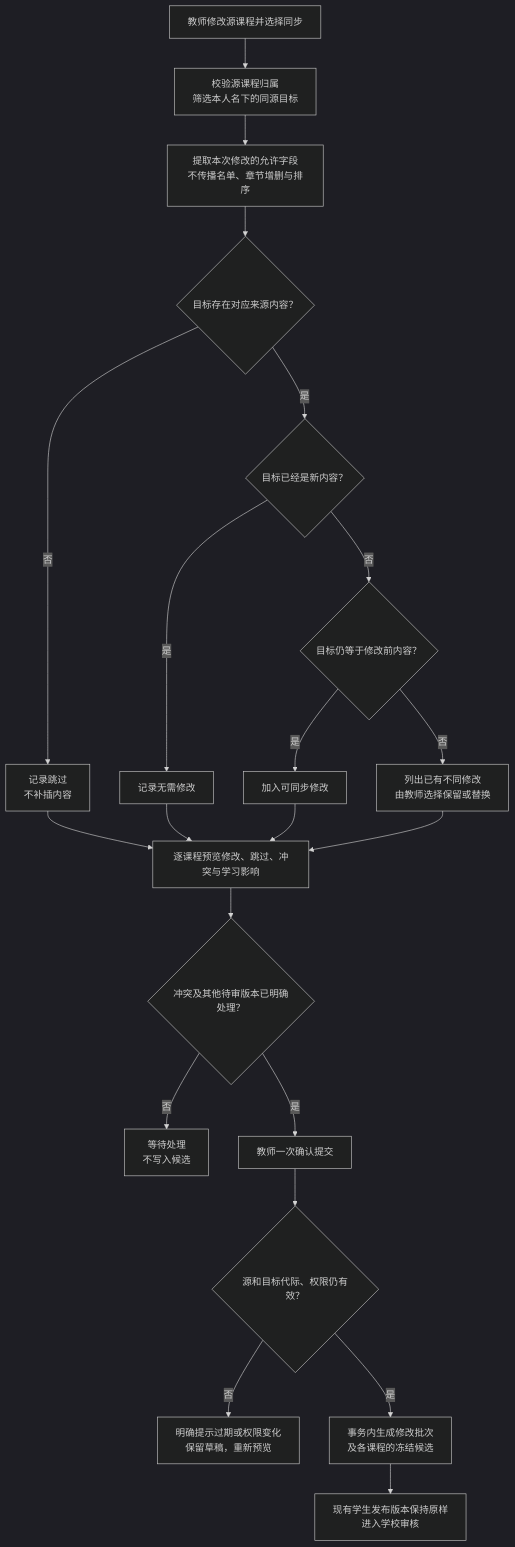
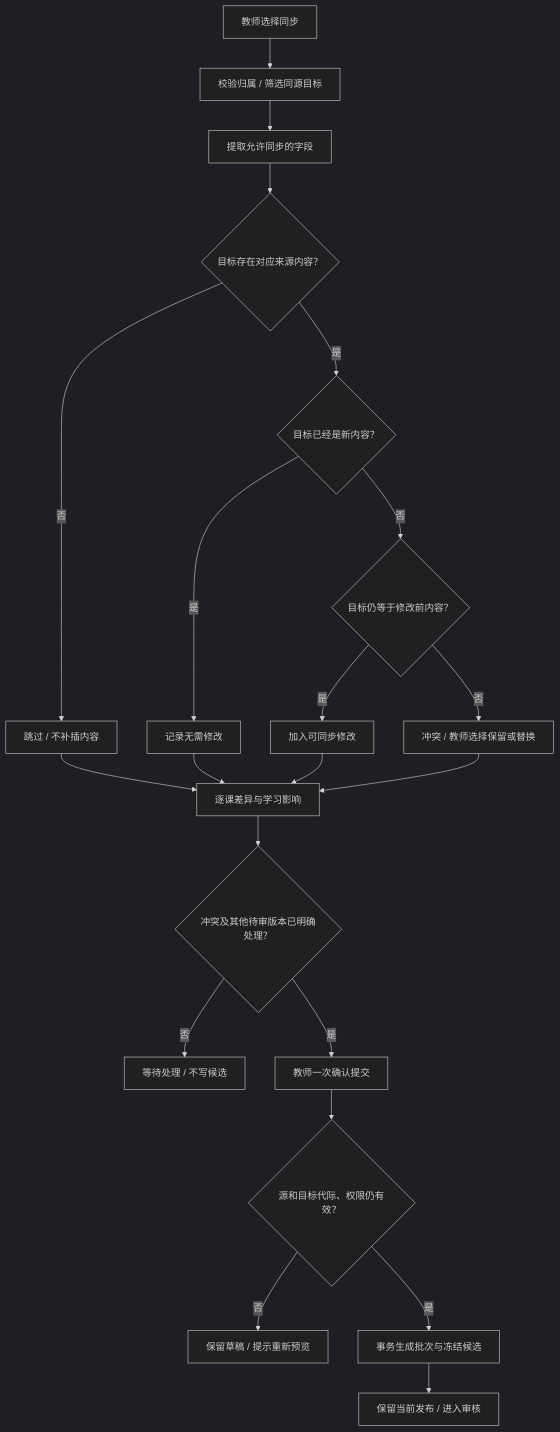
The sixth of 10 diagrams in doc/01-开发者手册.md (falling-feather/Astra), drawn with Mermaid (dark theme) before and after one commit. The commit also changed other lines of this file and 8 other files, not shown here.

````diff
--- a/doc/01-开发者手册.md
+++ b/doc/01-开发者手册.md
@@ -542,23 +583,23 @@
 ```mermaid
 flowchart TD
-    START["教师修改源课程并选择同步"] --> SCOPE["校验源课程归属<br/>筛选本人名下的同源目标"]
-    SCOPE --> DELTA["提取本次修改的允许字段<br/>不传播名单、章节增删与排序"]
+    START["教师选择同步"] --> SCOPE["校验归属 / 筛选同源目标"]
+    SCOPE --> DELTA["提取允许同步的字段"]
     DELTA --> MATCH{"目标存在对应来源内容？"}
-    MATCH -- "否" --> SKIP["记录跳过<br/>不补插内容"]
+    MATCH -- "否" --> SKIP["跳过 / 不补插内容"]
     MATCH -- "是" --> SAME{"目标已经是新内容？"}
     SAME -- "是" --> NOOP["记录无需修改"]
     SAME -- "否" --> BASE{"目标仍等于修改前内容？"}
     BASE -- "是" --> PATCH["加入可同步修改"]
-    BASE -- "否" --> CONFLICT["列出已有不同修改<br/>由教师选择保留或替换"]
-    SKIP --> PREVIEW["逐课程预览修改、跳过、冲突与学习影响"]
+    BASE -- "否" --> CONFLICT["冲突 / 教师选择保留或替换"]
+    SKIP --> PREVIEW["逐课差异与学习影响"]
     NOOP --> PREVIEW
     PATCH --> PREVIEW
     CONFLICT --> PREVIEW
     PREVIEW --> RESOLVED{"冲突及其他待审版本已明确处理？"}
-    RESOLVED -- "否" --> WAIT["等待处理<br/>不写入候选"]
+    RESOLVED -- "否" --> WAIT["等待处理 / 不写候选"]
     RESOLVED -- "是" --> CONFIRM["教师一次确认提交"]
     CONFIRM --> RECHECK{"源和目标代际、权限仍有效？"}
-    RECHECK -- "否" --> RETRY["明确提示过期或权限变化<br/>保留草稿，重新预览"]
-    RECHECK -- "是" --> SAVE["事务内生成修改批次<br/>及各课程的冻结候选"]
-    SAVE --> KEEP["现有学生发布版本保持原样<br/>进入学校审核"]
+    RECHECK -- "否" --> RETRY["保留草稿 / 提示重新预览"]
+    RECHECK -- "是" --> SAVE["事务生成批次与冻结候选"]
+    SAVE --> KEEP["保留当前发布 / 进入审核"]
 ```
````
